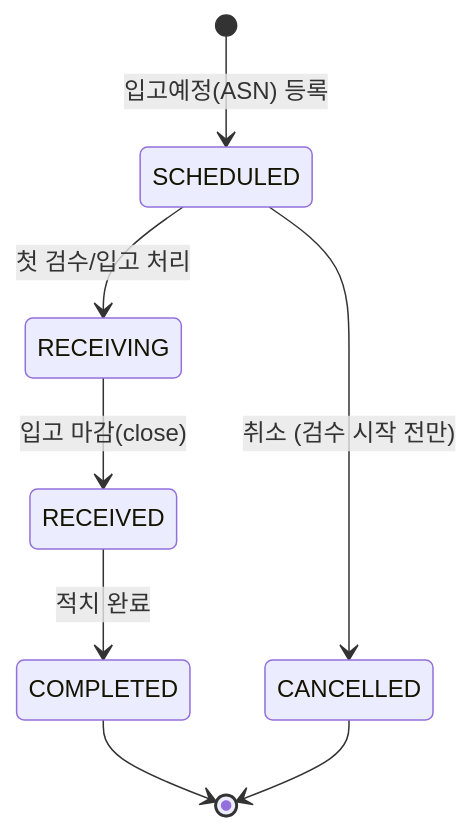
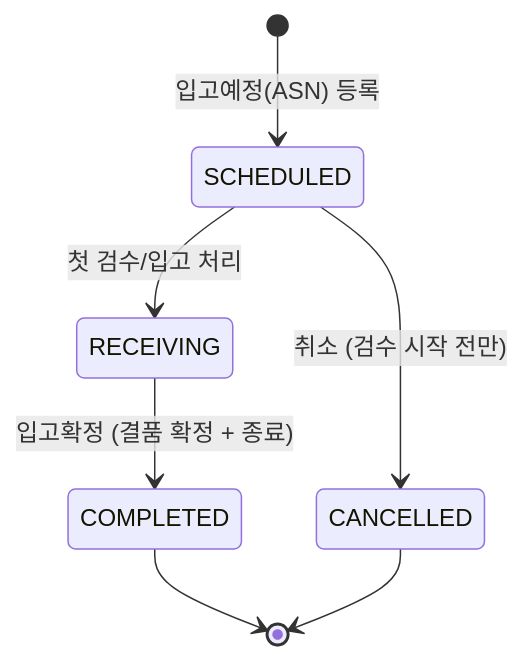
One commit to jhogunhee/logistics-back changed the first of 3 diagrams in docs/design.md. Above: the diagram before and after it, drawn with Mermaid. The commit also changed other lines of this file, not shown here.

Commit message:
docs: 적치지시·입고확정·웨이브 역할 재정의 설계 갱신

````diff
--- a/docs/design.md
+++ b/docs/design.md
@@ -30,10 +32,9 @@
 ```mermaid
 stateDiagram-v2
     [*] --> SCHEDULED : 입고예정(ASN) 등록
     SCHEDULED --> RECEIVING : 첫 검수/입고 처리
     SCHEDULED --> CANCELLED : 취소 (검수 시작 전만)
-    RECEIVING --> RECEIVED : 입고 마감(close)
-    RECEIVED --> COMPLETED : 적치 완료
+    RECEIVING --> COMPLETED : 입고확정 (결품 확정 + 종료)
     COMPLETED --> [*]
     CANCELLED --> [*]
 ```
````
